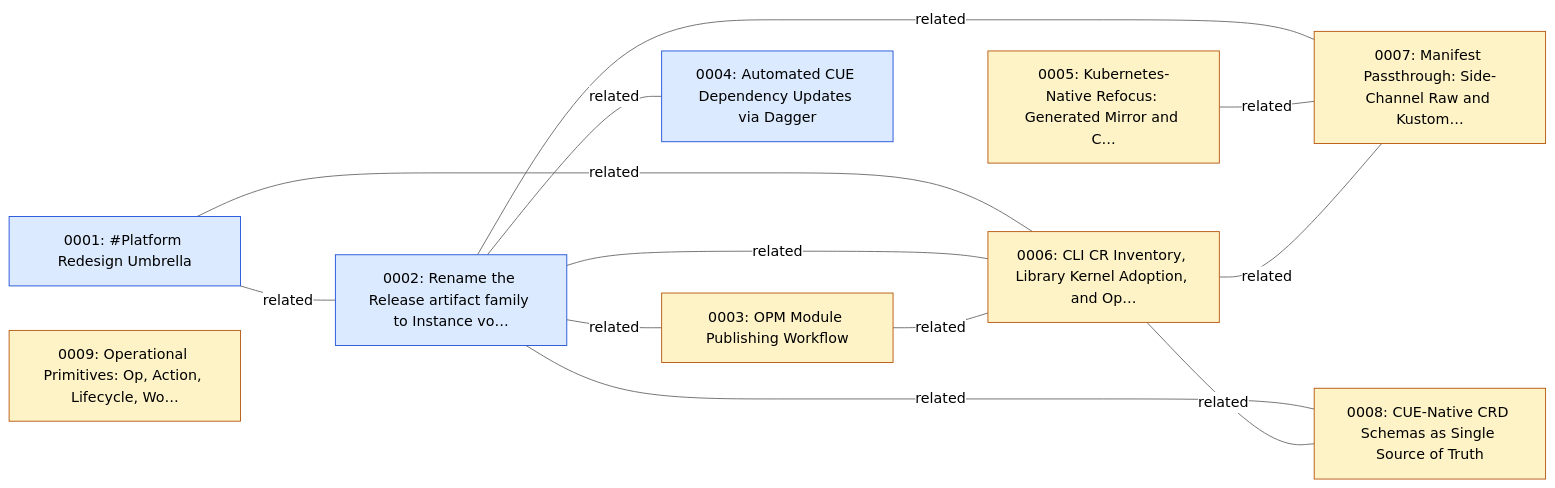
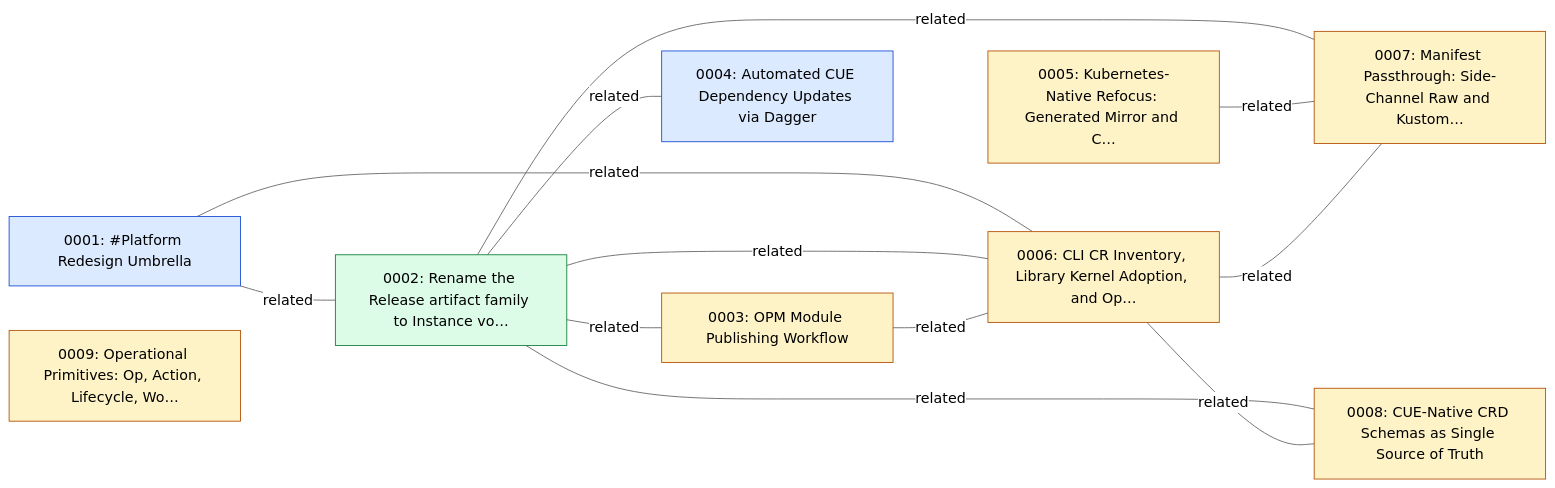
One commit to open-platform-model/enhancements changed the first of 2 diagrams in GRAPH.md. Above: the diagram before and after it, drawn with Mermaid (neutral theme).

Commit message:
chore(graph): Update graph

````diff
--- a/GRAPH.md
+++ b/GRAPH.md
@@ -5,30 +5,30 @@
 ```mermaid
 graph LR
   classDef draft       fill:#fef3c7,stroke:#b45309,color:#000
   classDef accepted    fill:#dbeafe,stroke:#1d4ed8,color:#000
   classDef implemented fill:#dcfce7,stroke:#15803d,color:#000
   classDef superseded  fill:#e5e7eb,stroke:#6b7280,color:#6b7280
   classDef legacy      fill:#fafafa,stroke:#9ca3af,color:#6b7280,stroke-dasharray:3 3
 
   N0001["0001: #Platform Redesign Umbrella"]:::accepted
-  N0002["0002: Rename the Release artifact family to Instance vo…"]:::accepted
+  N0002["0002: Rename the Release artifact family to Instance vo…"]:::implemented
   N0003["0003: OPM Module Publishing Workflow"]:::draft
   N0004["0004: Automated CUE Dependency Updates via Dagger"]:::accepted
   N0005["0005: Kubernetes-Native Refocus: Generated Mirror and C…"]:::draft
   N0006["0006: CLI CR Inventory, Library Kernel Adoption, and Op…"]:::draft
   N0007["0007: Manifest Passthrough: Side-Channel Raw and Kustom…"]:::draft
   N0008["0008: CUE-Native CRD Schemas as Single Source of Truth"]:::draft
   N0009["0009: Operational Primitives: Op, Action, Lifecycle, Wo…"]:::draft
 
   N0001 ---|related| N0002
   N0001 ---|related| N0006
   N0002 ---|related| N0003
   N0002 ---|related| N0004
   N0002 ---|related| N0006
   N0002 ---|related| N0007
   N0002 ---|related| N0008
   N0003 ---|related| N0006
   N0005 ---|related| N0007
   N0006 ---|related| N0007
   N0006 ---|related| N0008
 ```
````
